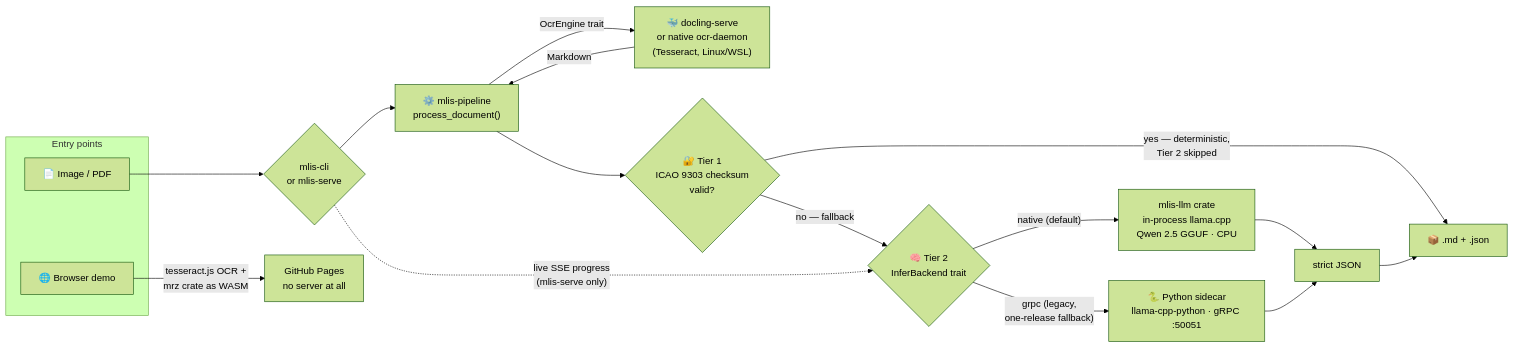
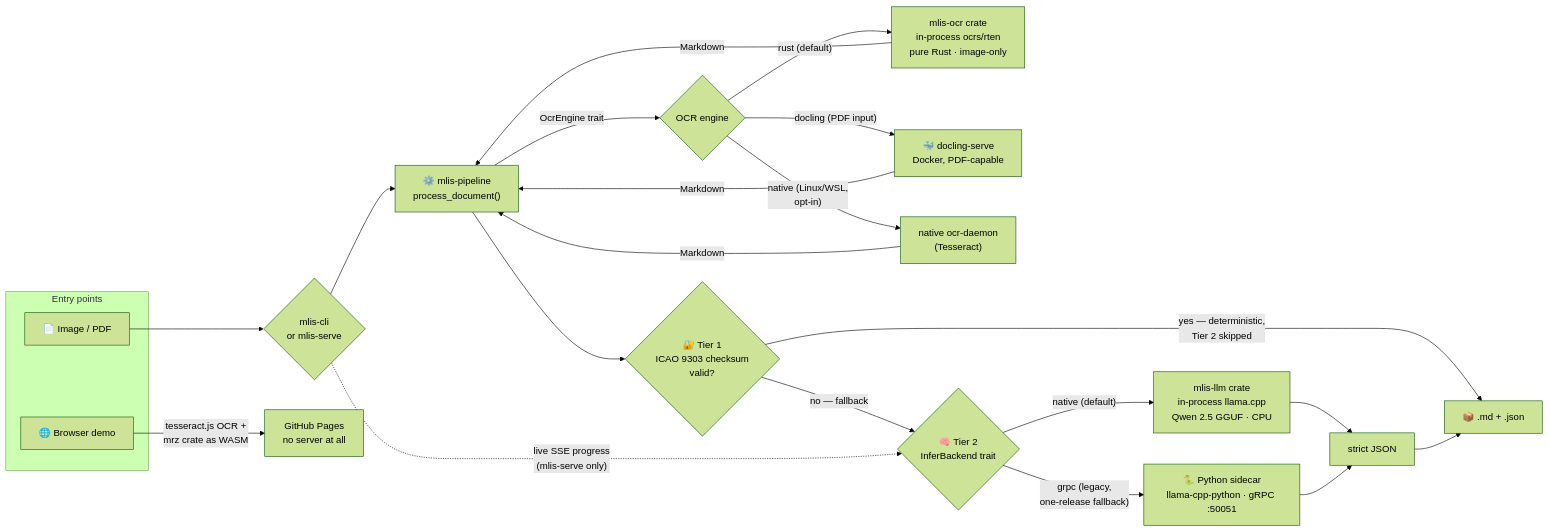
One commit to ruledicaprio/SynthPass changed the diagram in README.md. Above: the diagram before and after it, drawn with Mermaid (forest theme). The commit also changed other lines of this file and 20 other files, not shown here.

First line of the commit message:
v0.7.0: native Tier-1 OCR (ocrs/rten in-process)

````diff
--- a/README.md
+++ b/README.md
@@ -27,27 +27,32 @@
 ```mermaid
 flowchart LR
     subgraph entry["Entry points"]
         A["📄 Image / PDF"]
         A2["🌐 Browser demo"]
     end
 
     A --> B{"mlis-cli<br/>or mlis-serve"}
     B --> P["⚙️ mlis-pipeline<br/>process_document()"]
 
-    P -->|"OcrEngine trait"| OCR["🐳 docling-serve<br/>or native ocr-daemon<br/>(Tesseract, Linux/WSL)"]
-    OCR -->|Markdown| P
+    P -->|"OcrEngine trait"| OCR{"OCR engine"}
+    OCR -->|"rust (default)"| RUSTOCR["mlis-ocr crate<br/>in-process ocrs/rten<br/>pure Rust · image-only"]
+    OCR -->|"docling (PDF input)"| DOCLING["🐳 docling-serve<br/>Docker, PDF-capable"]
+    OCR -->|"native (Linux/WSL,<br/>opt-in)"| TESS["native ocr-daemon<br/>(Tesseract)"]
+    RUSTOCR -->|Markdown| P
+    DOCLING -->|Markdown| P
+    TESS -->|Markdown| P
 
     P --> T1{"🔐 Tier 1<br/>ICAO 9303 checksum<br/>valid?"}
     T1 -->|"yes — deterministic,<br/>Tier 2 skipped"| OUT["📦 .md + .json"]
 
     T1 -->|"no — fallback"| T2{"🧠 Tier 2<br/>InferBackend trait"}
     T2 -->|"native (default)"| NAT["mlis-llm crate<br/>in-process llama.cpp<br/>Qwen 2.5 GGUF · CPU"]
     T2 -->|"grpc (legacy,<br/>one-release fallback)"| GRPC["🐍 Python sidecar<br/>llama-cpp-python · gRPC :50051"]
     NAT --> J2["strict JSON"]
     GRPC --> J2
     J2 --> OUT
 
     B -.->|"live SSE progress<br/>(mlis-serve only)"| T2
 
     A2 -->|"tesseract.js OCR +<br/>mrz crate as WASM"| PAGES["GitHub Pages<br/>no server at all"]
 ```
````
